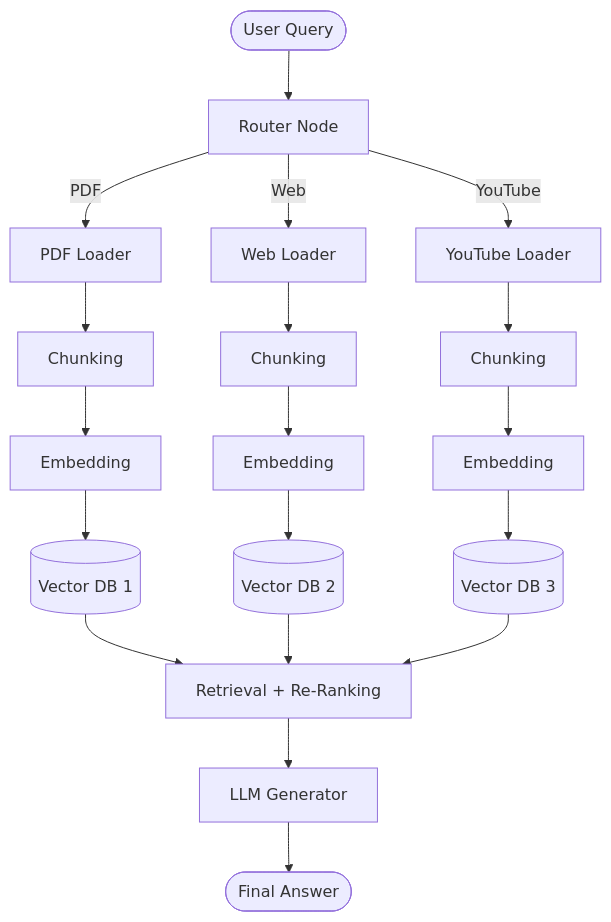
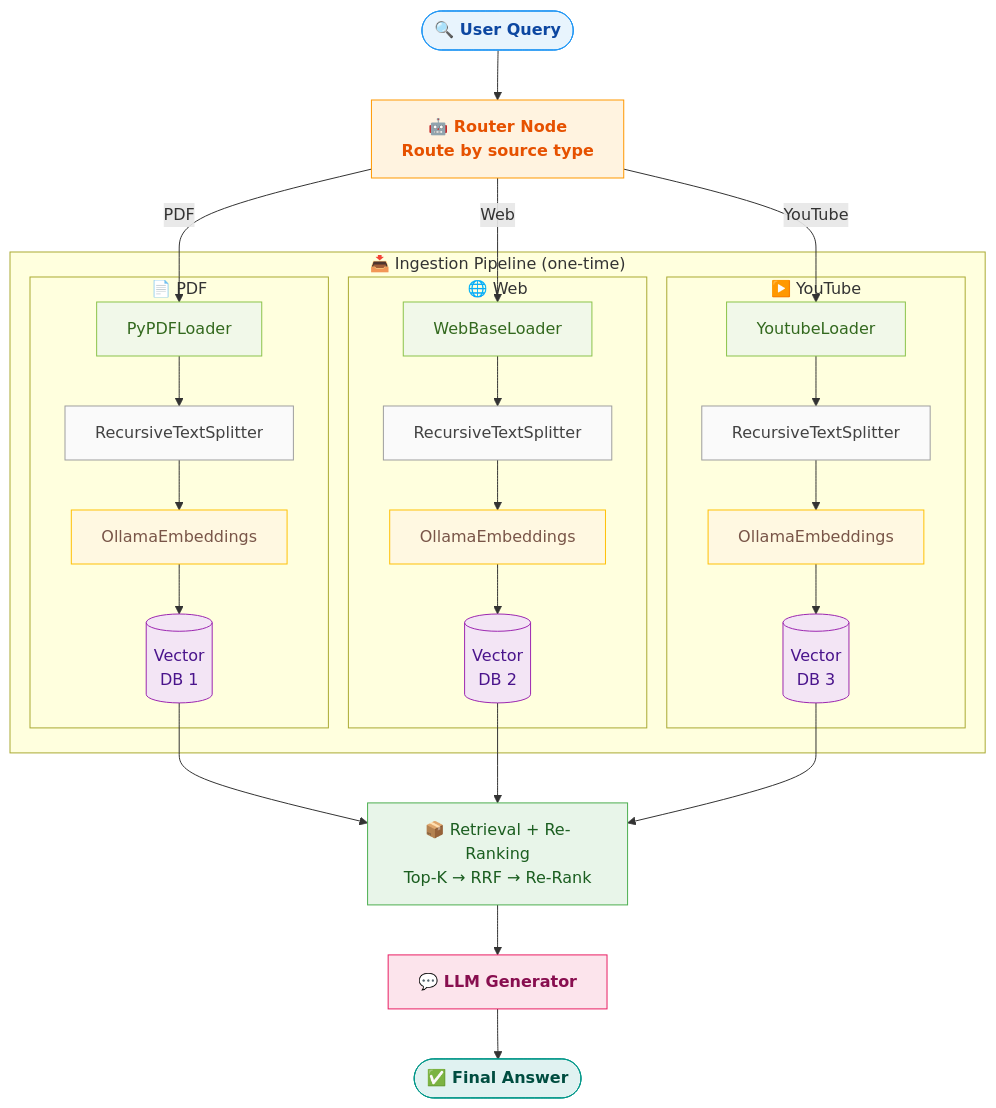
One commit to CodeSahil21/GenAi changed the fifth of 9 diagrams in Notes/Query_Routing.md. Above: the diagram before and after it, drawn with Mermaid. The commit also changed other lines of this file and 4 other files, not shown here.

Commit message:
Diagram  part was done

````diff
--- a/Notes/Query_Routing.md
+++ b/Notes/Query_Routing.md
@@ -284,21 +363,37 @@
 ```mermaid
 flowchart TD
-    Q([User Query]) --> Router["Router Node"]
-    Router -->|"PDF"| PDFLoader["PDF Loader"]
-    Router -->|"Web"| WebLoader["Web Loader"]
-    Router -->|"YouTube"| YTLoader["YouTube Loader"]
-    PDFLoader --> Chunker1["Chunking"]
-    WebLoader --> Chunker2["Chunking"]
-    YTLoader --> Chunker3["Chunking"]
-    Chunker1 --> Embed1["Embedding"]
-    Chunker2 --> Embed2["Embedding"]
-    Chunker3 --> Embed3["Embedding"]
-    Embed1 --> VDB1[(Vector DB 1)]
-    Embed2 --> VDB2[(Vector DB 2)]
-    Embed3 --> VDB3[(Vector DB 3)]
-    VDB1 --> Retriever["Retrieval + Re-Ranking"]
+    Q(["🔍 User Query"]):::input --> Router["🤖 Router Node\nRoute by source type"]:::router
+
+    subgraph Ingest [" 📥 Ingestion Pipeline (one-time) "]
+        subgraph PDFBranch["📄 PDF"]
+            PDFLoader["PyPDFLoader"]:::loader --> Chunker1["RecursiveTextSplitter"]:::chunk --> Embed1["OllamaEmbeddings"]:::embed --> VDB1[("Vector\nDB 1")]:::db
+        end
+        subgraph WebBranch["🌐 Web"]
+            WebLoader["WebBaseLoader"]:::loader --> Chunker2["RecursiveTextSplitter"]:::chunk --> Embed2["OllamaEmbeddings"]:::embed --> VDB2[("Vector\nDB 2")]:::db
+        end
+        subgraph YTBranch["▶️ YouTube"]
+            YTLoader["YoutubeLoader"]:::loader --> Chunker3["RecursiveTextSplitter"]:::chunk --> Embed3["OllamaEmbeddings"]:::embed --> VDB3[("Vector\nDB 3")]:::db
+        end
+    end
+
+    Router -->|"PDF"| PDFLoader
+    Router -->|"Web"| WebLoader
+    Router -->|"YouTube"| YTLoader
+
+    VDB1 --> Retriever["📦 Retrieval + Re-Ranking\nTop-K → RRF → Re-Rank"]:::retriever
     VDB2 --> Retriever
     VDB3 --> Retriever
-    Retriever --> Generator["LLM Generator"]
-    Generator --> Answer([Final Answer])
+
+    Retriever --> Generator["💬 LLM Generator"]:::llm
+    Generator --> Answer(["✅ Final Answer"]):::output
+
+    classDef input     fill:#e8f4fd,stroke:#2196F3,color:#0d47a1,font-weight:bold
+    classDef router    fill:#fff3e0,stroke:#FF9800,color:#e65100,font-weight:bold
+    classDef loader    fill:#f1f8e9,stroke:#8BC34A,color:#33691e
+    classDef chunk     fill:#fafafa,stroke:#9E9E9E,color:#424242
+    classDef embed     fill:#fff8e1,stroke:#FFC107,color:#795548
+    classDef db        fill:#f3e5f5,stroke:#9C27B0,color:#4a148c
+    classDef retriever fill:#e8f5e9,stroke:#4CAF50,color:#1b5e20
+    classDef llm       fill:#fce4ec,stroke:#E91E63,color:#880e4f,font-weight:bold
+    classDef output    fill:#e0f2f1,stroke:#009688,color:#004d40,font-weight:bold
 ```
````
